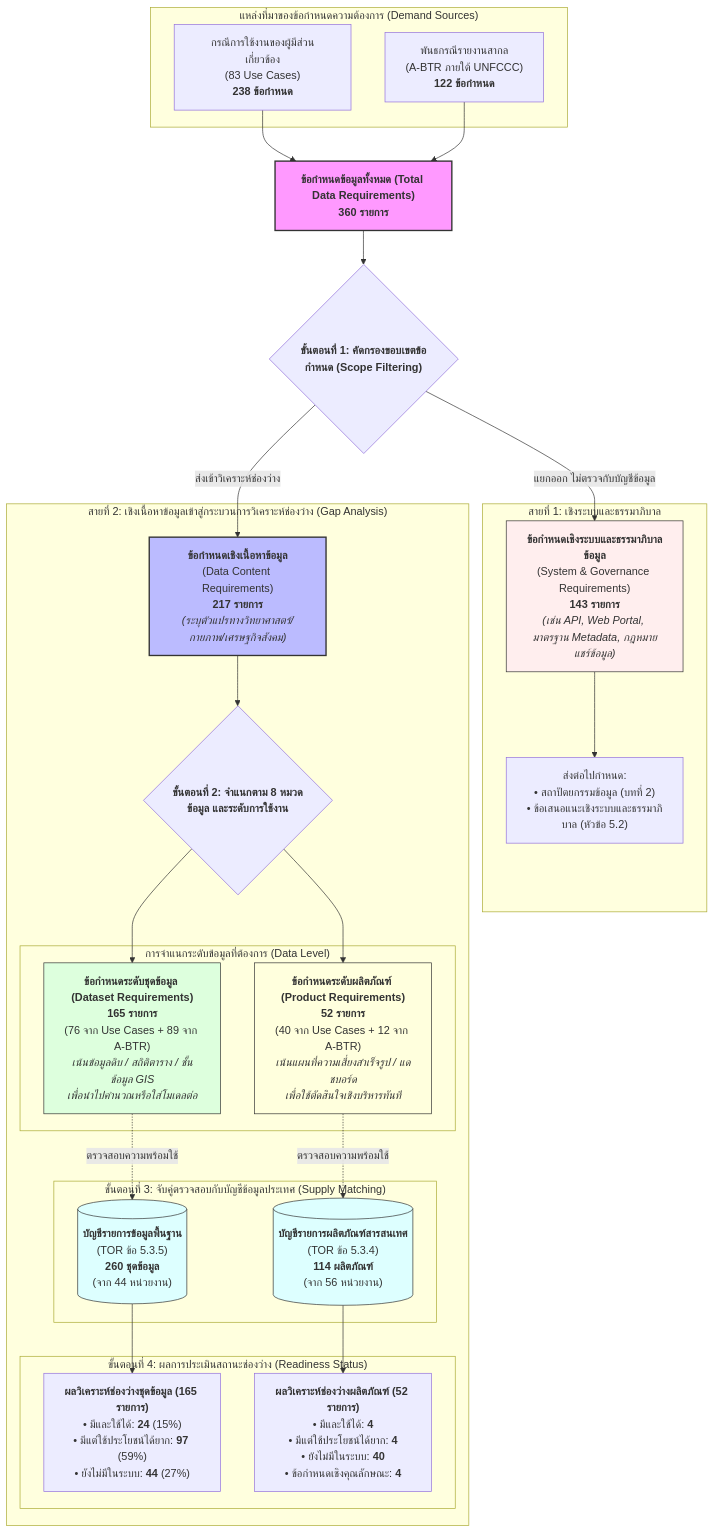
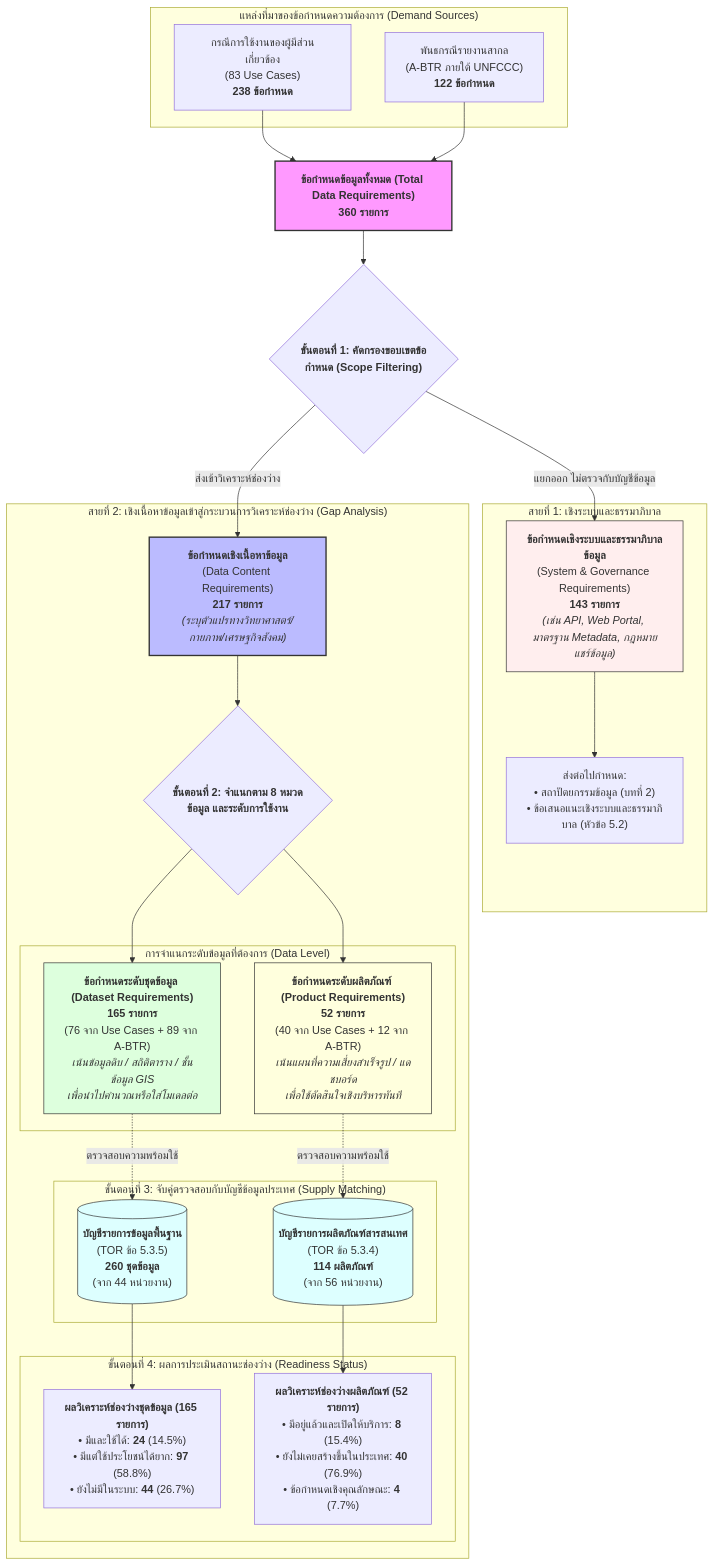
Before and after one commit to Bossax/arun-creagy: the diagram in ψ/incubate/drafts/crdb-full-report-5.1/draft-v2.md, drawn with Mermaid. The commit also changed other lines of this file and 1 other file, not shown here.

````diff
--- a/ψ/incubate/drafts/crdb-full-report-5.1/draft-v2.md
+++ b/ψ/incubate/drafts/crdb-full-report-5.1/draft-v2.md
@@ -45,62 +45,62 @@
 ```mermaid
 flowchart TD
     %% Source Node
     subgraph S1 ["แหล่งที่มาของข้อกำหนดความต้องการ (Demand Sources)"]
         UC["กรณีการใช้งานของผู้มีส่วนเกี่ยวข้อง<br/>(83 Use Cases)<br/><b>238 ข้อกำหนด</b>"]
         BTR["พันธกรณีรายงานสากล<br/>(A-BTR ภายใต้ UNFCCC)<br/><b>122 ข้อกำหนด</b>"]
     end
 
     TOTAL["<b>ข้อกำหนดข้อมูลทั้งหมด (Total Data Requirements)</b><br/><b>360 รายการ</b>"]
     UC --> TOTAL
     BTR --> TOTAL
 
     %% Step 1: Screening
     TOTAL --> STEP1{"<b>ขั้นตอนที่ 1: คัดกรองขอบเขตข้อกำหนด (Scope Filtering)</b>"}
 
     subgraph TRACK_SYS ["สายที่ 1: เชิงระบบและธรรมาภิบาล"]
         SYS["<b>ข้อกำหนดเชิงระบบและธรรมาภิบาลข้อมูล</b><br/>(System & Governance Requirements)<br/><b>143 รายการ</b><br/><i>(เช่น API, Web Portal, มาตรฐาน Metadata, กฎหมายแชร์ข้อมูล)</i>"]
         SYS_TARGET["ส่งต่อไปกำหนด:<br/>• สถาปัตยกรรมข้อมูล (บทที่ 2)<br/>• ข้อเสนอแนะเชิงระบบและธรรมาภิบาล (หัวข้อ 5.2)"]
         SYS --> SYS_TARGET
     end
 
     subgraph TRACK_DATA ["สายที่ 2: เชิงเนื้อหาข้อมูลเข้าสู่กระบวนการวิเคราะห์ช่องว่าง (Gap Analysis)"]
         CONTENT["<b>ข้อกำหนดเชิงเนื้อหาข้อมูล</b><br/>(Data Content Requirements)<br/><b>217 รายการ</b><br/><i>(ระบุตัวแปรทางวิทยาศาสตร์/กายภาพ/เศรษฐกิจสังคม)</i>"]
         
         STEP2{"<b>ขั้นตอนที่ 2: จำแนกตาม 8 หมวดข้อมูล และระดับการใช้งาน</b>"}
         CONTENT --> STEP2
 
         subgraph SPLIT_TYPE ["การจำแนกระดับข้อมูลที่ต้องการ (Data Level)"]
             REQ_DS["<b>ข้อกำหนดระดับชุดข้อมูล (Dataset Requirements)</b><br/><b>165 รายการ</b><br/>(76 จาก Use Cases + 89 จาก A-BTR)<br/><i>เน้นข้อมูลดิบ / สถิติตาราง / ชั้นข้อมูล GIS<br/>เพื่อนำไปคำนวณหรือใส่โมเดลต่อ</i>"]
             REQ_PR["<b>ข้อกำหนดระดับผลิตภัณฑ์ (Product Requirements)</b><br/><b>52 รายการ</b><br/>(40 จาก Use Cases + 12 จาก A-BTR)<br/><i>เน้นแผนที่ความเสี่ยงสำเร็จรูป / แดชบอร์ด<br/>เพื่อใช้ตัดสินใจเชิงบริหารทันที</i>"]
         end
         STEP2 --> REQ_DS
         STEP2 --> REQ_PR
 
         subgraph INVENTORY ["ขั้นตอนที่ 3: จับคู่ตรวจสอบกับบัญชีข้อมูลประเทศ (Supply Matching)"]
             INV_DS[("<b>บัญชีรายการข้อมูลพื้นฐาน</b><br/>(TOR ข้อ 5.3.5)<br/><b>260 ชุดข้อมูล</b><br/>(จาก 44 หน่วยงาน)")]
             INV_PR[("<b>บัญชีรายการผลิตภัณฑ์สารสนเทศ</b><br/>(TOR ข้อ 5.3.4)<br/><b>114 ผลิตภัณฑ์</b><br/>(จาก 56 หน่วยงาน)")]
         end
 
         REQ_DS -.->|ตรวจสอบความพร้อมใช้| INV_DS
         REQ_PR -.->|ตรวจสอบความพร้อมใช้| INV_PR
 
         subgraph GAP_RESULT ["ขั้นตอนที่ 4: ผลการประเมินสถานะช่องว่าง (Readiness Status)"]
-            RES_DS["<b>ผลวิเคราะห์ช่องว่างชุดข้อมูล (165 รายการ)</b><br/>• มีและใช้ได้: <b>24</b> (15%)<br/>• มีแต่ใช้ประโยชน์ได้ยาก: <b>97</b> (59%)<br/>• ยังไม่มีในระบบ: <b>44</b> (27%)"]
-            RES_PR["<b>ผลวิเคราะห์ช่องว่างผลิตภัณฑ์ (52 รายการ)</b><br/>• มีและใช้ได้: <b>4</b><br/>• มีแต่ใช้ประโยชน์ได้ยาก: <b>4</b><br/>• ยังไม่มีในระบบ: <b>40</b><br/>• ข้อกำหนดเชิงคุณลักษณะ: <b>4</b>"]
+            RES_DS["<b>ผลวิเคราะห์ช่องว่างชุดข้อมูล (165 รายการ)</b><br/>• มีและใช้ได้: <b>24</b> (14.5%)<br/>• มีแต่ใช้ประโยชน์ได้ยาก: <b>97</b> (58.8%)<br/>• ยังไม่มีในระบบ: <b>44</b> (26.7%)"]
+            RES_PR["<b>ผลวิเคราะห์ช่องว่างผลิตภัณฑ์ (52 รายการ)</b><br/>• มีอยู่แล้วและเปิดให้บริการ: <b>8</b> (15.4%)<br/>• ยังไม่เคยสร้างขึ้นในประเทศ: <b>40</b> (76.9%)<br/>• ข้อกำหนดเชิงคุณลักษณะ: <b>4</b> (7.7%)"]
         end
 
         INV_DS --> RES_DS
         INV_PR --> RES_PR
     end
 
     STEP1 -->|แยกออก ไม่ตรวจกับบัญชีข้อมูล| SYS
     STEP1 -->|ส่งเข้าวิเคราะห์ช่องว่าง| CONTENT
 
     style TOTAL fill:#f9f,stroke:#333,stroke-width:2px
     style CONTENT fill:#bbf,stroke:#333,stroke-width:2px
     style SYS fill:#fee,stroke:#333,stroke-width:1px
     style REQ_DS fill:#dfd,stroke:#333,stroke-width:1px
     style REQ_PR fill:#ffd,stroke:#333,stroke-width:1px
     style INV_DS fill:#dff,stroke:#333,stroke-width:1px
     style INV_PR fill:#dff,stroke:#333,stroke-width:1px
 ```
````
